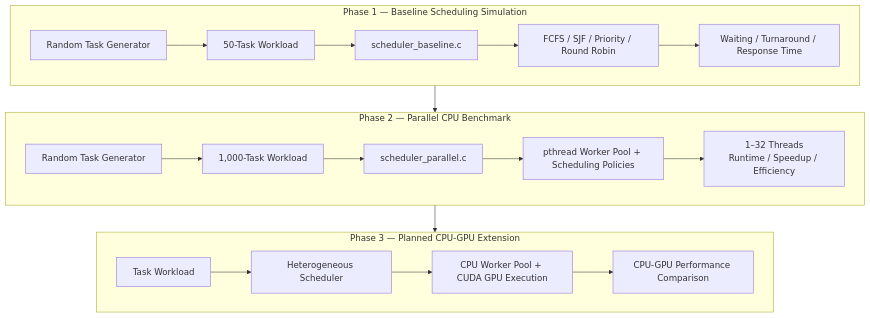
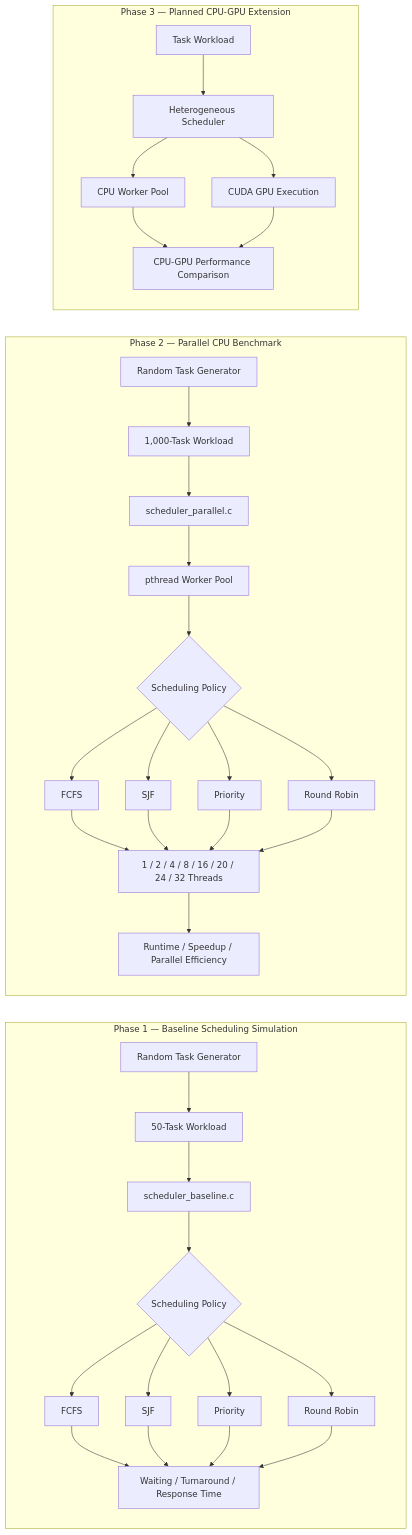
One commit to HoiChunWat/CPU-GPU-Scheduling-Simulator changed the diagram in README.md. Above: the diagram before and after it, drawn with Mermaid.

````diff
--- a/README.md
+++ b/README.md
@@ -29,28 +29,40 @@
 ```mermaid
-flowchart TB
-
+flowchart LR
     subgraph P1["Phase 1 — Baseline Scheduling Simulation"]
-        direction LR
         A1["Random Task Generator"] --> A2["50-Task Workload"]
         A2 --> A3["scheduler_baseline.c"]
-        A3 --> A4["FCFS / SJF / Priority / Round Robin"]
-        A4 --> A5["Waiting / Turnaround / Response Time"]
+        A3 --> A4{"Scheduling Policy"}
+        A4 --> A5["FCFS"]
+        A4 --> A6["SJF"]
+        A4 --> A7["Priority"]
+        A4 --> A8["Round Robin"]
+        A5 --> A9["Waiting / Turnaround / Response Time"]
+        A6 --> A9
+        A7 --> A9
+        A8 --> A9
     end
 
     subgraph P2["Phase 2 — Parallel CPU Benchmark"]
-        direction LR
         B1["Random Task Generator"] --> B2["1,000-Task Workload"]
         B2 --> B3["scheduler_parallel.c"]
-        B3 --> B4["pthread Worker Pool + Scheduling Policies"]
-        B4 --> B5["1–32 Threads<br/>Runtime / Speedup / Efficiency"]
+        B3 --> B4["pthread Worker Pool"]
+        B4 --> B5{"Scheduling Policy"}
+        B5 --> B6["FCFS"]
+        B5 --> B7["SJF"]
+        B5 --> B8["Priority"]
+        B5 --> B9["Round Robin"]
+        B6 --> B10["1 / 2 / 4 / 8 / 16 / 20 / 24 / 32 Threads"]
+        B7 --> B10
+        B8 --> B10
+        B9 --> B10
+        B10 --> B11["Runtime / Speedup / Parallel Efficiency"]
     end
 
     subgraph P3["Phase 3 — Planned CPU-GPU Extension"]
-        direction LR
         C1["Task Workload"] --> C2["Heterogeneous Scheduler"]
-        C2 --> C3["CPU Worker Pool + CUDA GPU Execution"]
-        C3 --> C4["CPU-GPU Performance Comparison"]
+        C2 --> C3["CPU Worker Pool"]
+        C2 --> C4["CUDA GPU Execution"]
+        C3 --> C5["CPU-GPU Performance Comparison"]
+        C4 --> C5
     end
-
-    P1 --> P2 --> P3
 ```
````
